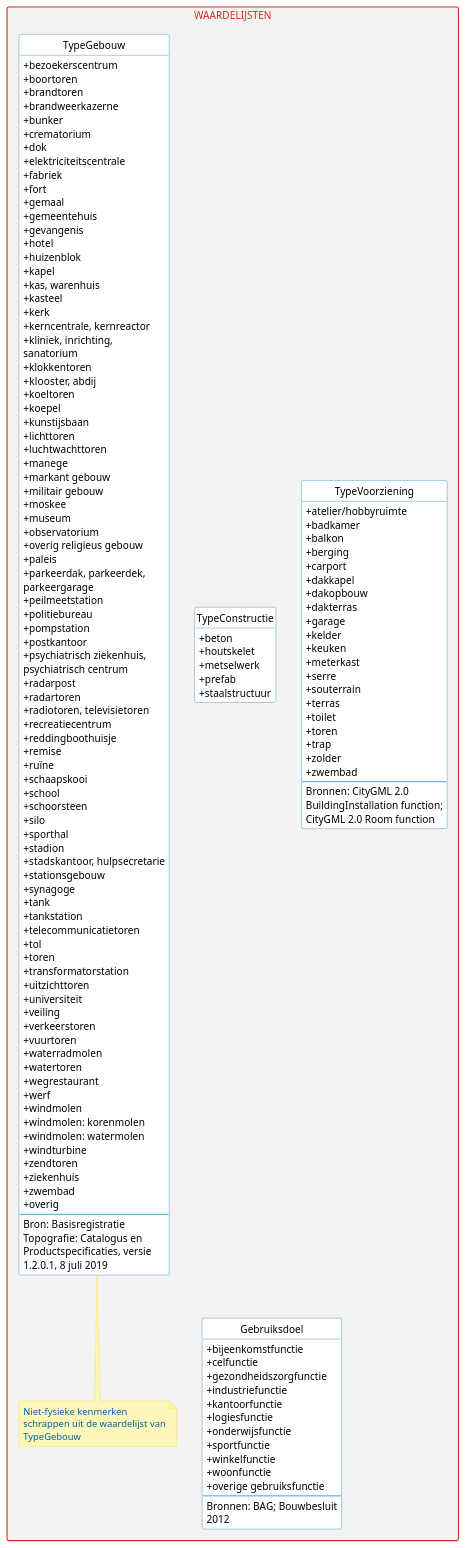
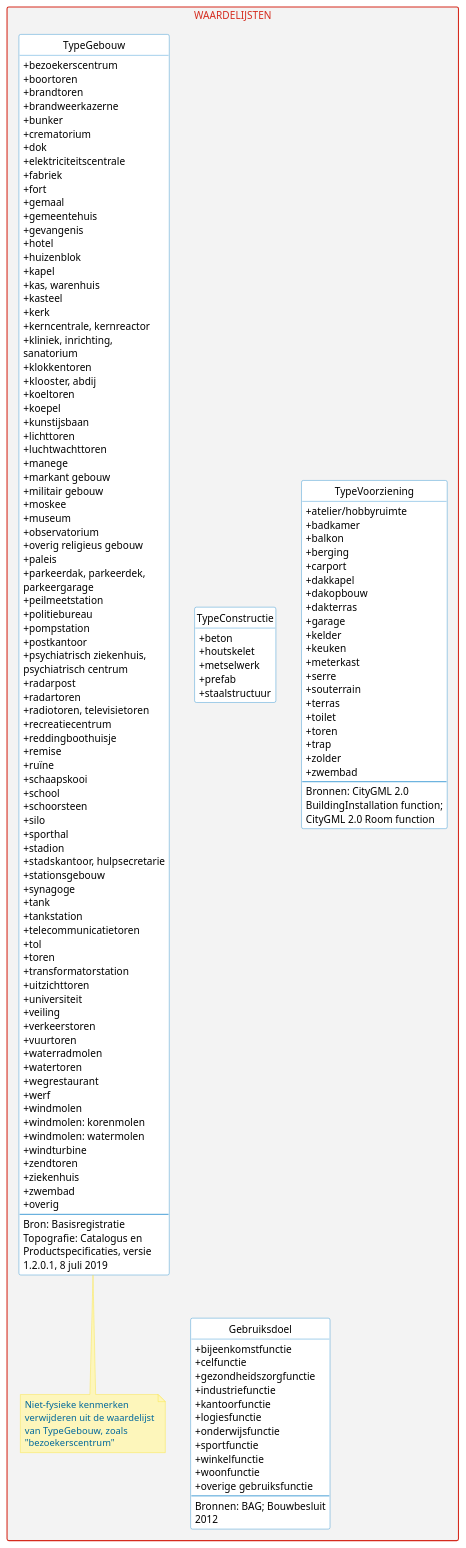
Before and after one commit to geobasisregistraties/werkgroep-bouwwerken: the diagram in model/waardelijsten.puml, drawn with PlantUML.

```diff
--- a/model/waardelijsten.puml
+++ b/model/waardelijsten.puml
@@ -246,7 +246,7 @@
         Bron: Basisregistratie Topografie: Catalogus en Productspecificaties, versie 1.2.0.1, 8 juli 2019
     }
 
-note bottom of TypeGebouw : Niet-fysieke kenmerken schrappen uit de waardelijst van TypeGebouw
+note bottom of TypeGebouw : Niet-fysieke kenmerken verwijderen uit de waardelijst van TypeGebouw, zoals "bezoekerscentrum"
 
 }
 @enduml
```
